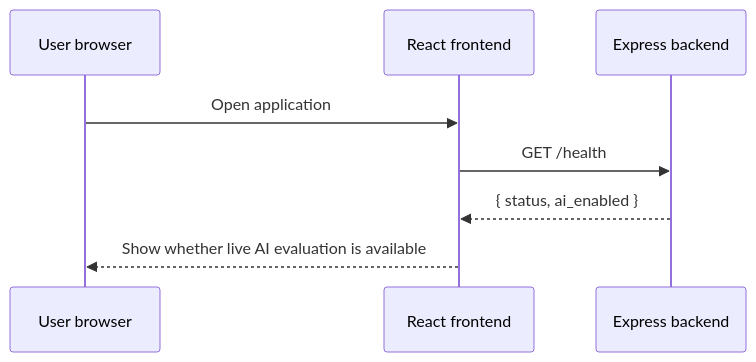
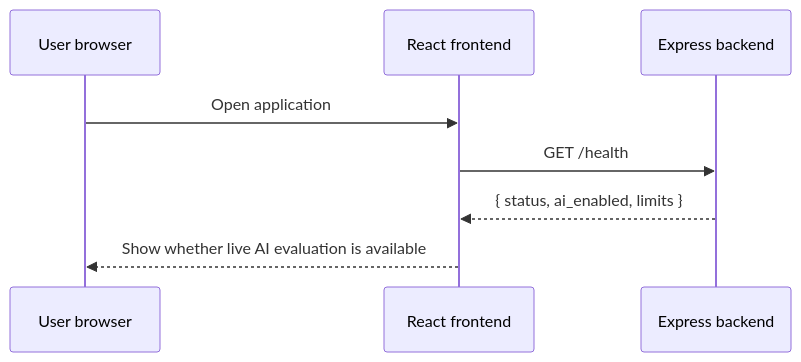
One commit to abdo2006-dev/ScenarioRank-AI changed the first of 3 diagrams in docs/architecture/DATA_FLOW.md. Above: the diagram before and after it, drawn with Mermaid. The commit also changed other lines of this file and 38 other files, not shown here.

````diff
--- a/docs/architecture/DATA_FLOW.md
+++ b/docs/architecture/DATA_FLOW.md
@@ -5,11 +5,11 @@
 ```mermaid
 sequenceDiagram
     participant U as User browser
     participant F as React frontend
     participant B as Express backend
 
     U->>F: Open application
     F->>B: GET /health
-    B-->>F: { status, ai_enabled }
+    B-->>F: { status, ai_enabled, limits }
     F-->>U: Show whether live AI evaluation is available
 ```
````
